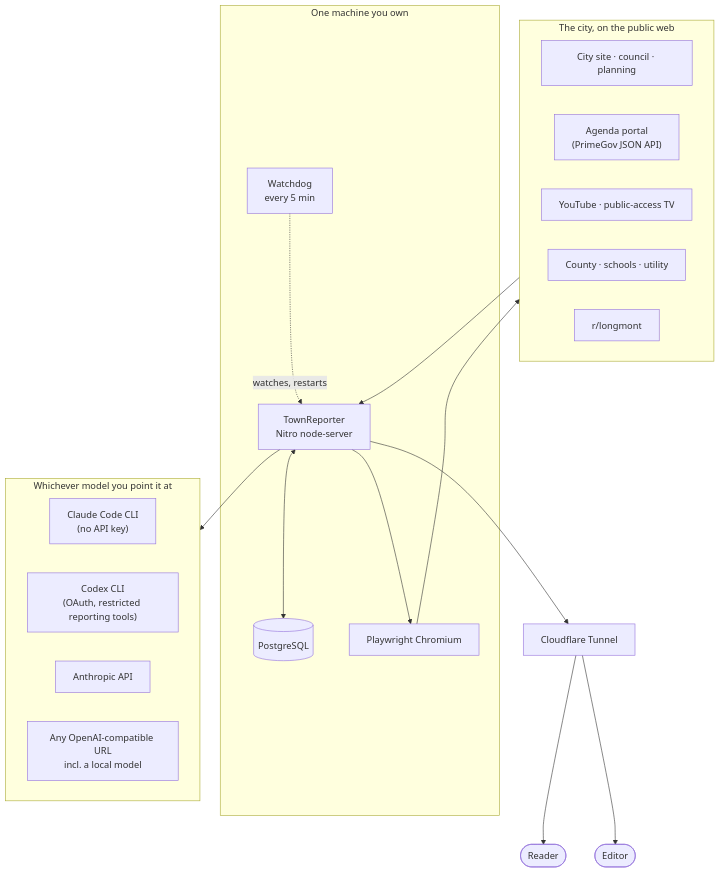
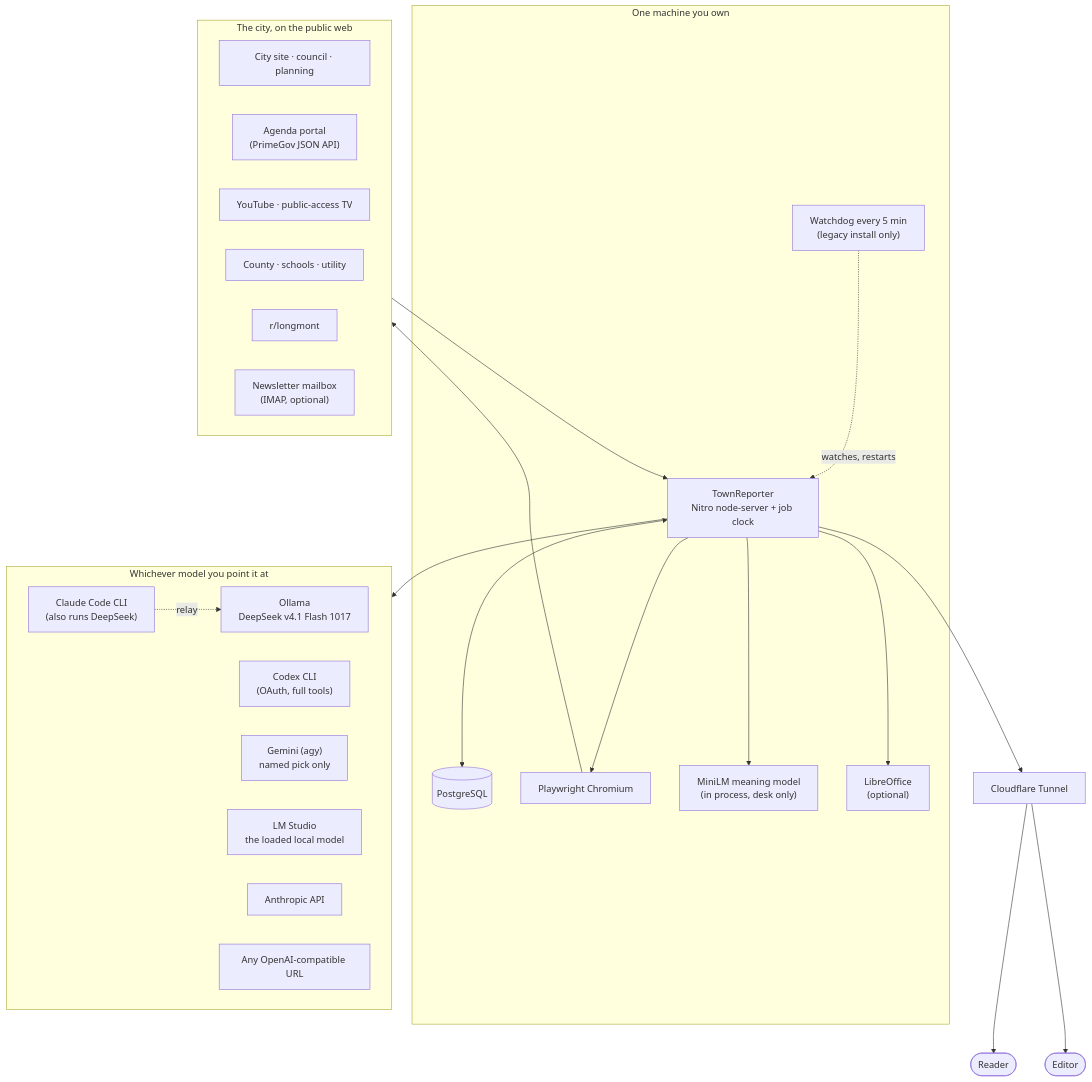
Before and after one commit to scottconverse/TownReporter: the diagram in docs/diagrams/system-context.mmd, drawn with Mermaid. The commit also changed 51 other files, not shown here.

First line of the commit message:
docs: 0.6.84 release docs - full user manual, landing page, README, guides, diagrams

```diff
--- a/docs/diagrams/system-context.mmd
+++ b/docs/diagrams/system-context.mmd
@@ -1,35 +1,44 @@
 flowchart TB
     subgraph outside["The city, on the public web"]
         CITY["City site · council · planning"]
         PORTAL["Agenda portal<br/>(PrimeGov JSON API)"]
         TAPE["YouTube · public-access TV"]
         COUNTY["County · schools · utility"]
         REDDIT["r/longmont"]
+        MAIL["Newsletter mailbox<br/>(IMAP, optional)"]
     end
 
     subgraph machine["One machine you own"]
-        APP["TownReporter<br/>Nitro node-server"]
+        APP["TownReporter<br/>Nitro node-server + job clock"]
         DB[("PostgreSQL")]
         PW["Playwright Chromium"]
-        WD["Watchdog<br/>every 5 min"]
+        EMB["MiniLM meaning model<br/>(in process, desk only)"]
+        LO["LibreOffice<br/>(optional)"]
+        WD["Watchdog every 5 min<br/>(legacy install only)"]
     end
 
     subgraph models["Whichever model you point it at"]
-        CC["Claude Code CLI<br/>(no API key)"]
-        CX["Codex CLI<br/>(OAuth, restricted reporting tools)"]
+        CC["Claude Code CLI<br/>(also runs DeepSeek)"]
+        CX["Codex CLI<br/>(OAuth, full tools)"]
+        GM["Gemini (agy)<br/>named pick only"]
+        OL["Ollama<br/>DeepSeek v4.1 Flash 1017"]
+        LM["LM Studio<br/>the loaded local model"]
         API["Anthropic API"]
-        OAI["Any OpenAI-compatible URL<br/>incl. a local model"]
+        OAI["Any OpenAI-compatible URL"]
     end
 
     READER(["Reader"])
     EDITOR(["Editor"])
 
     outside --> APP
     APP <--> DB
     APP --> PW
     PW --> outside
+    APP --> EMB
+    APP --> LO
     APP --> models
+    CC -.relay.-> OL
     WD -.watches, restarts.-> APP
     APP --> TUNNEL["Cloudflare Tunnel"]
     TUNNEL --> READER
     TUNNEL --> EDITOR
```
